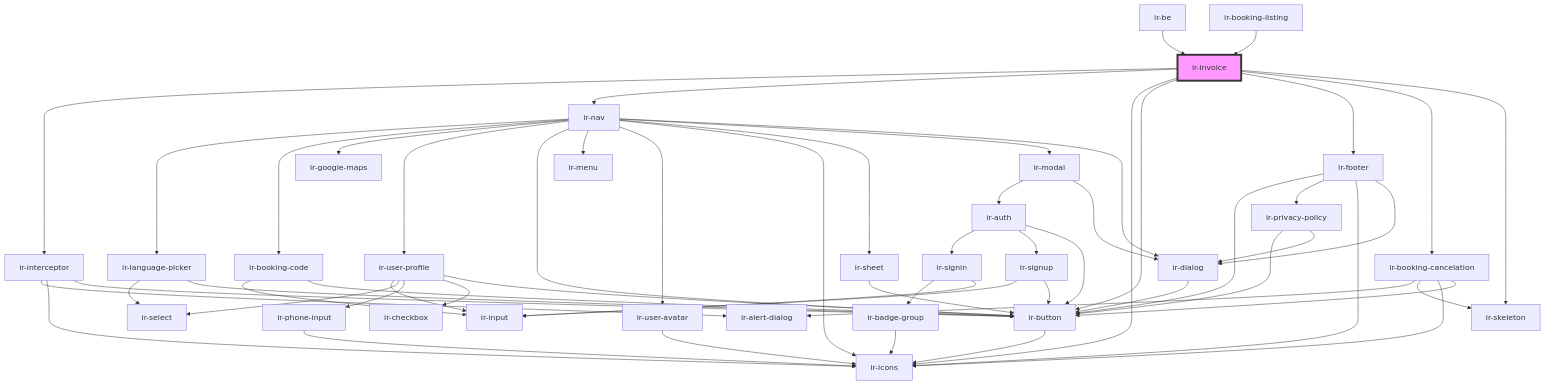
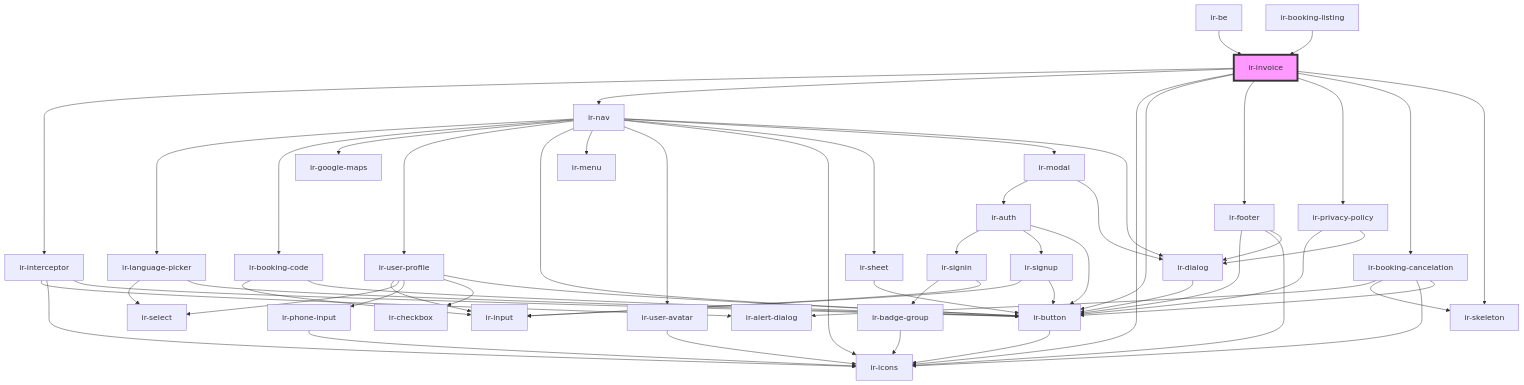
One commit to RonyRizk/ir-be changed the diagram in src/components/ir-invoice/readme.md. Above: the diagram before and after it, drawn with Mermaid. The commit also changed other lines of this file and 16 other files, not shown here.

````diff
--- a/src/components/ir-invoice/readme.md
+++ b/src/components/ir-invoice/readme.md
@@ -46,61 +47,61 @@
 ```mermaid
 graph TD;
   ir-invoice --> ir-interceptor
   ir-invoice --> ir-nav
   ir-invoice --> ir-icons
   ir-invoice --> ir-button
   ir-invoice --> ir-footer
+  ir-invoice --> ir-privacy-policy
   ir-invoice --> ir-booking-cancelation
   ir-invoice --> ir-skeleton
   ir-interceptor --> ir-alert-dialog
   ir-interceptor --> ir-icons
   ir-interceptor --> ir-button
   ir-button --> ir-icons
   ir-nav --> ir-language-picker
   ir-nav --> ir-booking-code
   ir-nav --> ir-google-maps
   ir-nav --> ir-user-profile
   ir-nav --> ir-button
   ir-nav --> ir-menu
   ir-nav --> ir-user-avatar
   ir-nav --> ir-icons
   ir-nav --> ir-sheet
   ir-nav --> ir-modal
   ir-nav --> ir-dialog
   ir-language-picker --> ir-select
   ir-language-picker --> ir-button
   ir-booking-code --> ir-input
   ir-booking-code --> ir-button
   ir-user-profile --> ir-input
   ir-user-profile --> ir-select
   ir-user-profile --> ir-phone-input
   ir-user-profile --> ir-checkbox
   ir-user-profile --> ir-button
   ir-phone-input --> ir-icons
   ir-user-avatar --> ir-icons
   ir-sheet --> ir-button
   ir-modal --> ir-auth
   ir-modal --> ir-dialog
   ir-auth --> ir-signin
   ir-auth --> ir-signup
   ir-auth --> ir-button
   ir-signin --> ir-badge-group
   ir-signin --> ir-input
   ir-badge-group --> ir-icons
   ir-signup --> ir-input
   ir-signup --> ir-button
   ir-dialog --> ir-button
   ir-footer --> ir-button
-  ir-footer --> ir-privacy-policy
   ir-footer --> ir-icons
   ir-footer --> ir-dialog
   ir-privacy-policy --> ir-button
   ir-privacy-policy --> ir-dialog
   ir-booking-cancelation --> ir-alert-dialog
   ir-booking-cancelation --> ir-skeleton
   ir-booking-cancelation --> ir-icons
   ir-booking-cancelation --> ir-button
   ir-be --> ir-invoice
   ir-booking-listing --> ir-invoice
   style ir-invoice fill:#f9f,stroke:#333,stroke-width:4px
 ```
````
